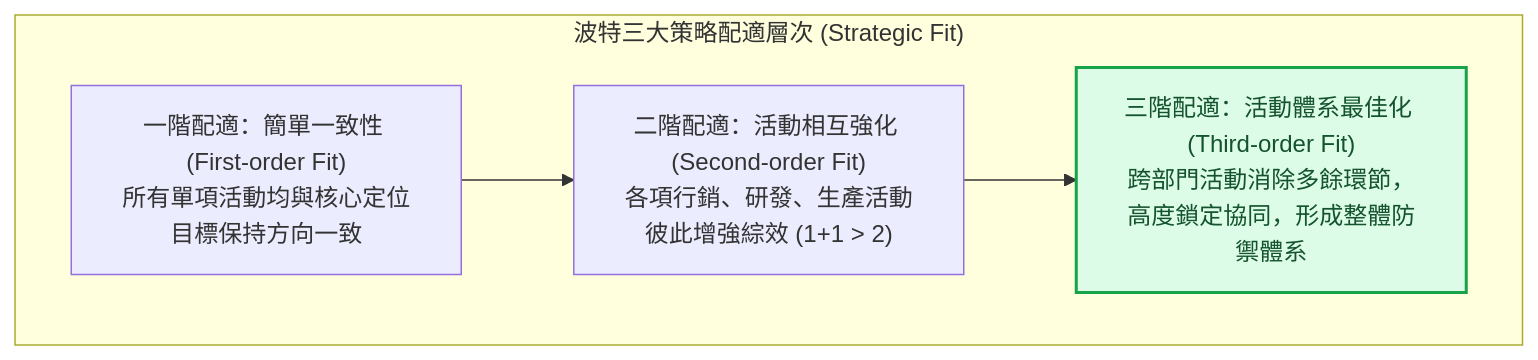
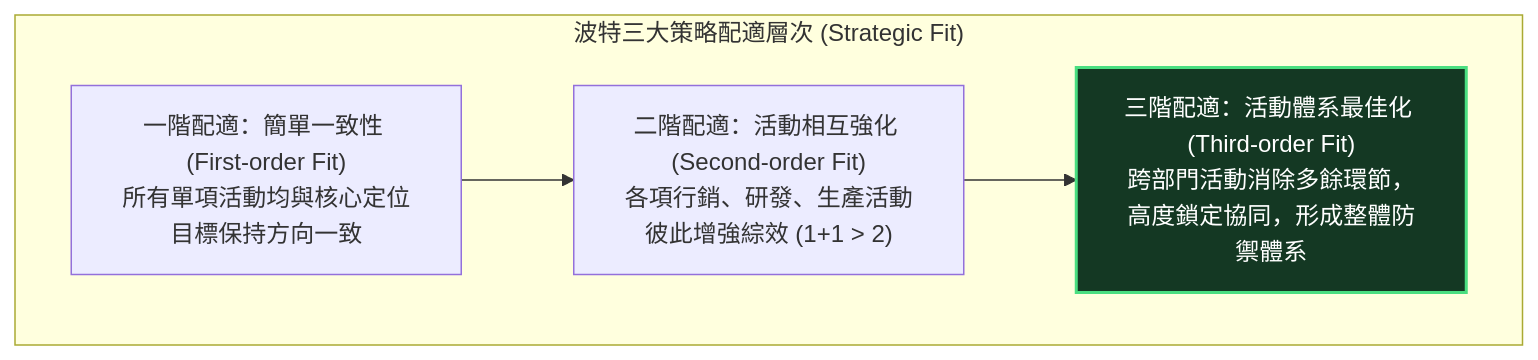
The third of 8 diagrams in src/site/notes/98_商業概念庫/competitive-advantage_競爭優勢.md (Jimlin0428/my-digital-garden), drawn with Mermaid before and after one commit. The commit also changed other lines of this file and 58 other files, not shown here.

````diff
--- a/src/site/notes/98_商業概念庫/competitive-advantage_競爭優勢.md
+++ b/src/site/notes/98_商業概念庫/competitive-advantage_競爭優勢.md
@@ -115,10 +115,10 @@
 ```mermaid
 flowchart TB
     subgraph PorterFit ["波特三大策略配適層次 (Strategic Fit)"]
         F1["一階配適：簡單一致性 (First-order Fit)<br>所有單項活動均與核心定位目標保持方向一致"]
         F2["二階配適：活動相互強化 (Second-order Fit)<br>各項行銷、研發、生產活動彼此增強綜效 (1+1 > 2)"]
         F3["三階配適：活動體系最佳化 (Third-order Fit)<br>跨部門活動消除多餘環節，高度鎖定協同，形成整體防禦體系"]
         F1 --> F2 --> F3
     end
-    style F3 fill:#dcfce7,stroke:#16a34a,stroke-width:2px,color:#14532d
+    style F3 fill:#143823,stroke:#4ade80,stroke-width:2px,color:#ffffff
 ```
````
